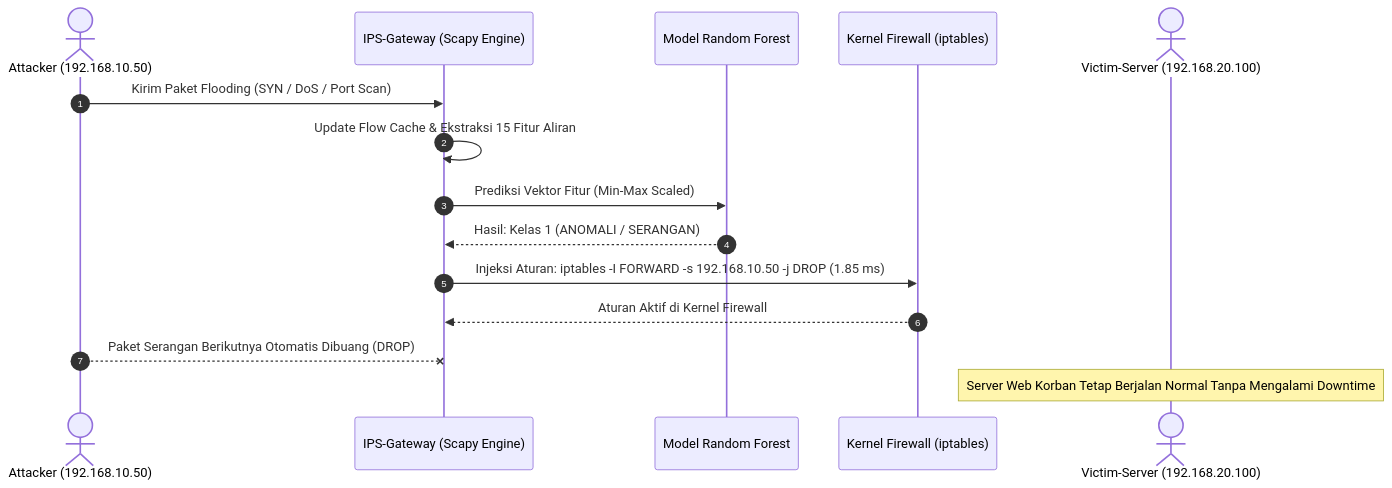
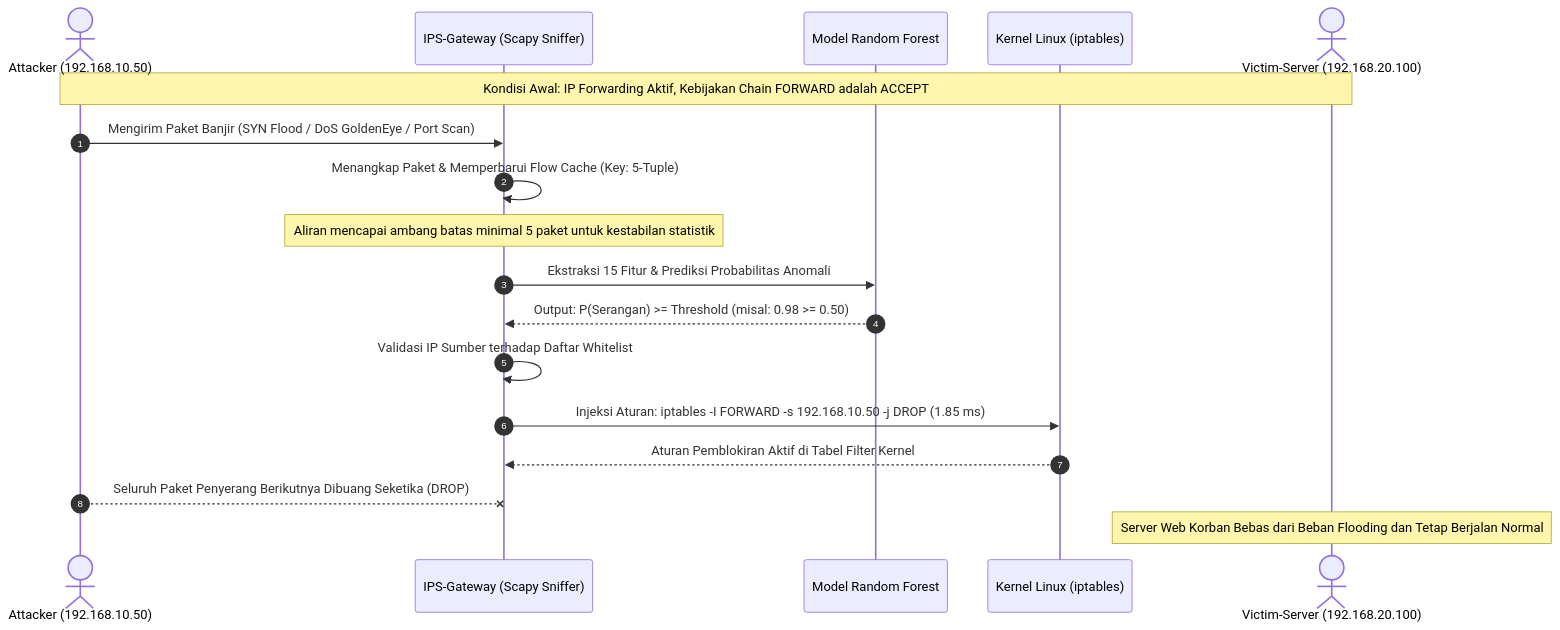
Before and after one commit to BOCIL21/IPS_Machine_Learning_Project: the diagram in README.md, drawn with Mermaid. The commit also changed other lines of this file and 3 other files, not shown here.

Commit message:
refactor & docs: revisi komprehensif README, MODEL_CARD, dan engine IPS sesuai audit evaluasi teknis

````diff
--- a/README.md
+++ b/README.md
@@ -38,18 +54,21 @@
 ```mermaid
 sequenceDiagram
     autonumber
     actor Penyerang as Attacker (192.168.10.50)
-    participant Gateway as IPS-Gateway (Scapy Engine)
-    participant RF as Model Random Forest
-    participant Iptables as Kernel Firewall (iptables)
+    participant Gateway as IPS-Gateway (Scapy Sniffer)
+    participant ML as Model Random Forest
+    participant Kernel as Kernel Linux (iptables)
     actor Korban as Victim-Server (192.168.20.100)
 
-    Penyerang->>Gateway: Kirim Paket Flooding (SYN / DoS / Port Scan)
-    Gateway->>Gateway: Update Flow Cache & Ekstraksi 15 Fitur Aliran
-    Gateway->>RF: Prediksi Vektor Fitur (Min-Max Scaled)
-    RF-->>Gateway: Hasil: Kelas 1 (ANOMALI / SERANGAN)
-    Gateway->>Iptables: Injeksi Aturan: iptables -I FORWARD -s 192.168.10.50 -j DROP (1.85 ms)
-    Iptables-->>Gateway: Aturan Aktif di Kernel Firewall
-    Penyerang--xGateway: Paket Serangan Berikutnya Otomatis Dibuang (DROP)
-    Note over Korban: Server Web Korban Tetap Berjalan Normal Tanpa Mengalami Downtime
+    Note over Penyerang,Korban: Kondisi Awal: IP Forwarding Aktif, Kebijakan Chain FORWARD adalah ACCEPT
+    Penyerang->>Gateway: Mengirim Paket Banjir (SYN Flood / DoS GoldenEye / Port Scan)
+    Gateway->>Gateway: Menangkap Paket & Memperbarui Flow Cache (Key: 5-Tuple)
+    Note over Gateway: Aliran mencapai ambang batas minimal 5 paket untuk kestabilan statistik
+    Gateway->>ML: Ekstraksi 15 Fitur & Prediksi Probabilitas Anomali
+    ML-->>Gateway: Output: P(Serangan) >= Threshold (misal: 0.98 >= 0.50)
+    Gateway->>Gateway: Validasi IP Sumber terhadap Daftar Whitelist
+    Gateway->>Kernel: Injeksi Aturan: iptables -I FORWARD -s 192.168.10.50 -j DROP (1.85 ms)
+    Kernel-->>Gateway: Aturan Pemblokiran Aktif di Tabel Filter Kernel
+    Penyerang--xGateway: Seluruh Paket Penyerang Berikutnya Dibuang Seketika (DROP)
+    Note over Korban: Server Web Korban Bebas dari Beban Flooding dan Tetap Berjalan Normal
 ```
````
